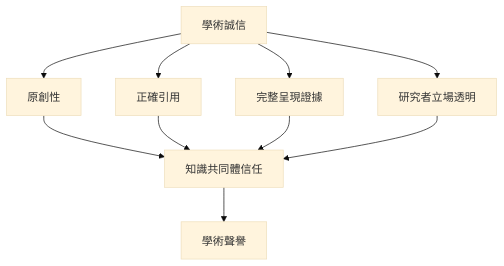
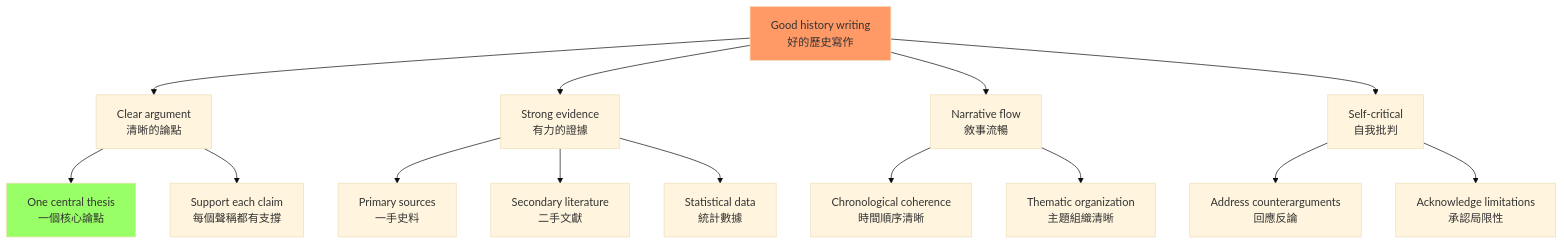
One commit to yip-lgtm/HKU-Harvard-History-Self-Study changed the third of 3 diagrams in 01_HKU_Courses/HIST3075_Directed_Reading.md. Above: the diagram before and after it, drawn with Mermaid (base theme). The commit also changed other lines of this file and 8 other files, not shown here.

````diff
--- a/01_HKU_Courses/HIST3075_Directed_Reading.md
+++ b/01_HKU_Courses/HIST3075_Directed_Reading.md
@@ -277,12 +173,23 @@
 ```mermaid
-flowchart TD
-    A[學術誠信] --> B[原創性]
-    A --> C[正確引用]
-    A --> D[完整呈現證據]
-    A --> E[研究者立場透明]
-    B --> F[知識共同體信任]
-    C --> F
-    D --> F
-    E --> F
-    F --> G[學術聲譽]
+graph TD
+    A[Good history writing<br/>好的歷史寫作] --> B[Clear argument<br/>清晰的論點]
+    A --> C[Strong evidence<br/>有力的證據]
+    A --> D[Narrative flow<br/>敘事流暢]
+    A --> E[Self-critical<br/>自我批判]
+    
+    B --> F[One central thesis<br/>一個核心論點]
+    B --> G[Support each claim<br/>每個聲稱都有支撐]
+    
+    C --> H[Primary sources<br/>一手史料]
+    C --> I[Secondary literature<br/>二手文獻]
+    C --> J[Statistical data<br/>統計數據]
+    
+    D --> K[Chronological coherence<br/>時間順序清晰]
+    D --> L[Thematic organization<br/>主題組織清晰]
+    
+    E --> M[Address counterarguments<br/>回應反論]
+    E --> N[Acknowledge limitations<br/>承認局限性]
+    
+    style A fill:#f96
+    style F fill:#9f6
 ```
````
